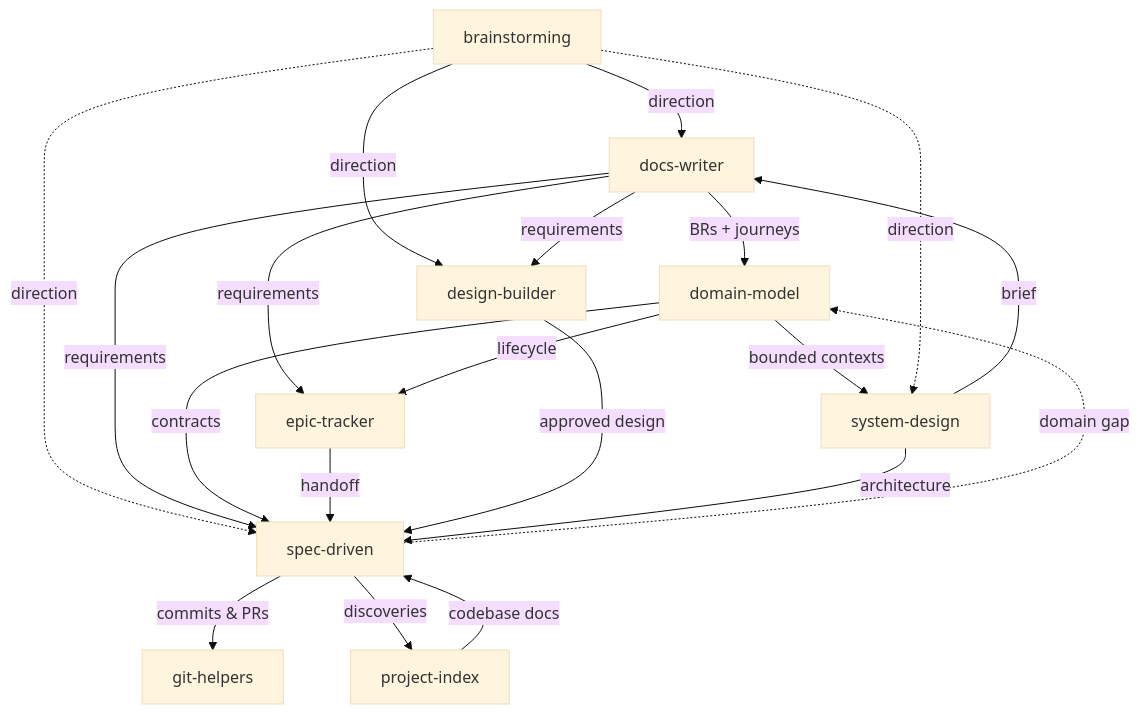
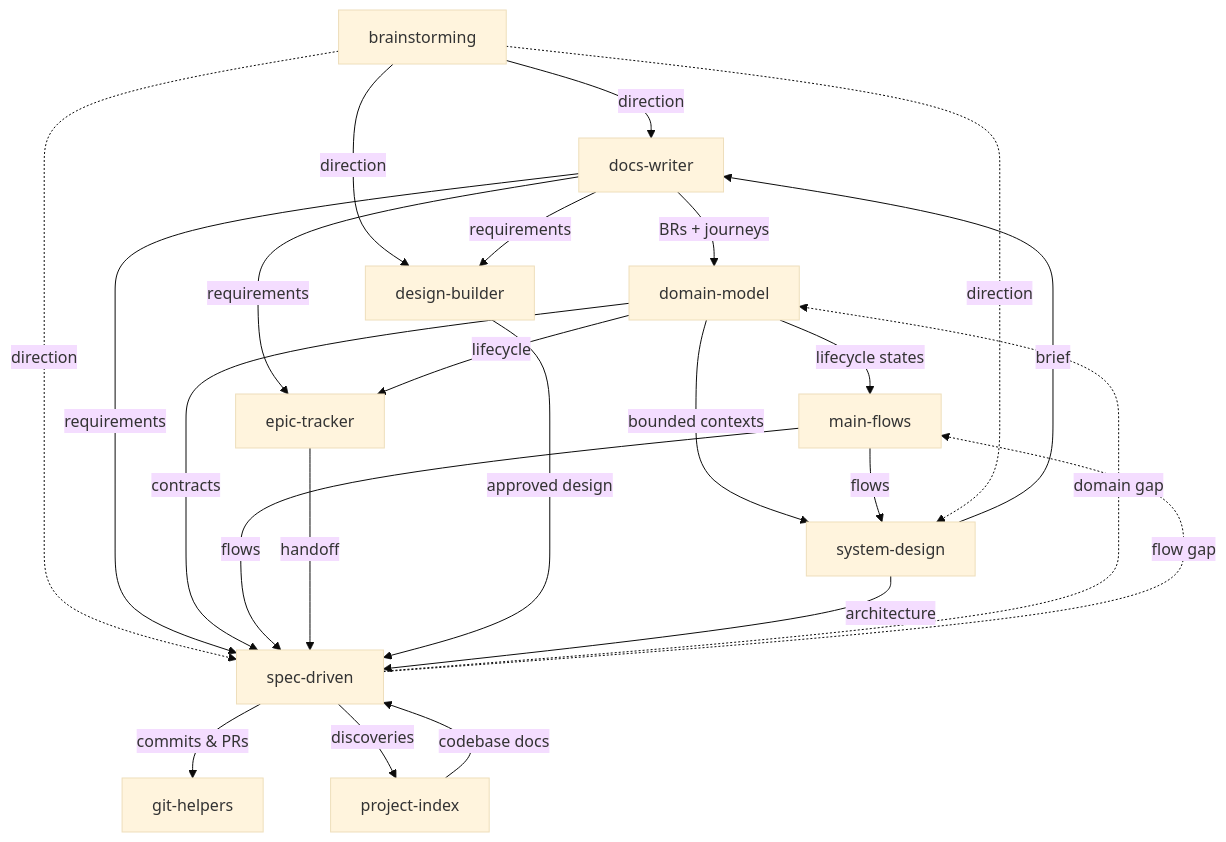
One commit to adeonir/agent-skills changed the diagram in README.md. Above: the diagram before and after it, drawn with Mermaid (base theme). The commit also changed other lines of this file and 5 other files, not shown here.

First line of the commit message:
feat: add main-flows skill for journey and background flow tracing

````diff
--- a/README.md
+++ b/README.md
@@ -39,22 +40,26 @@
 ```mermaid
 flowchart TD
     BR[brainstorming] -->|direction| DW[docs-writer]
     BR -->|direction| DB[design-builder]
     BR -.->|direction| SD[spec-driven]
     DW -->|BRs + journeys| DM[domain-model]
     DW -->|requirements| ET[epic-tracker]
     DW -->|requirements| DB
     DW -->|requirements| SD
+    DM -->|lifecycle states| MF[main-flows]
     DM -->|bounded contexts| SYS[system-design]
     DM -->|contracts| SD
     DM -->|lifecycle| ET
+    MF -->|flows| SYS
+    MF -->|flows| SD
     ET -->|handoff| SD
     PI[project-index] -->|codebase docs| SD
     DB -->|approved design| SD
     SD -->|commits & PRs| GH[git-helpers]
     SD -->|discoveries| PI
     SD -.->|domain gap| DM
+    SD -.->|flow gap| MF
     SYS -->|brief| DW
     SYS -->|architecture| SD
     BR -.->|direction| SYS
 ```
````
